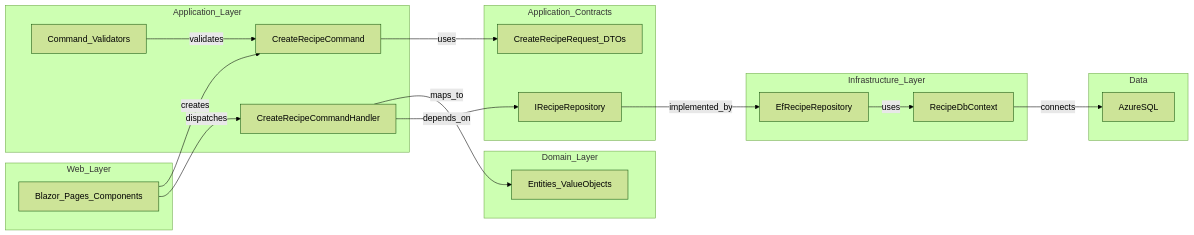
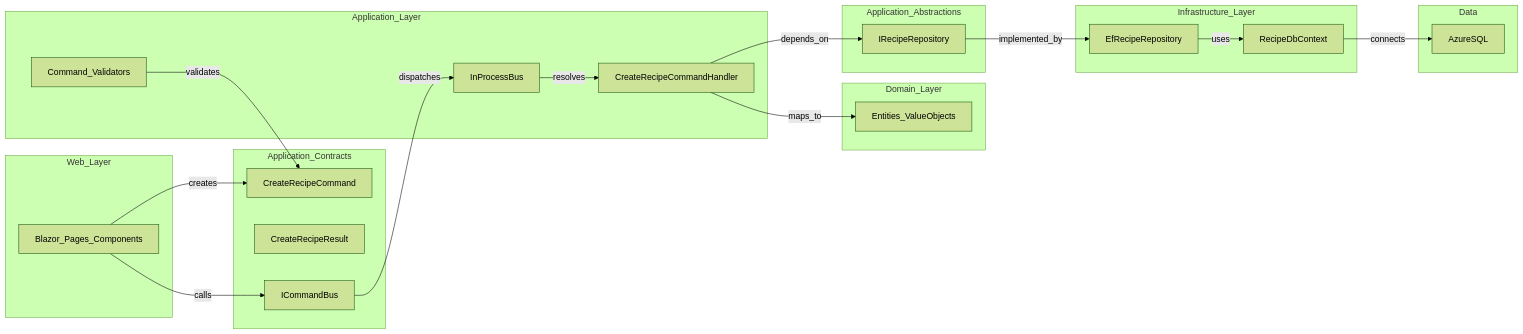
One commit to VincentAdvocaat/RecipeLibrary changed the second of 2 diagrams in README.md. Above: the diagram before and after it, drawn with Mermaid (forest theme). The commit also changed other lines of this file and 38 other files, not shown here.

Commit message:
refactor: align clean CQRS architecture

````diff
--- a/README.md
+++ b/README.md
@@ -19,40 +19,46 @@
 ```mermaid
 flowchart LR
   subgraph WebLayer[Web_Layer]
     BlazorUI[Blazor_Pages_Components]
   end
 
+  subgraph Contracts[Application_Contracts]
+    CreateRecipeCmd[CreateRecipeCommand]
+    CreateRecipeResult[CreateRecipeResult]
+    CommandBus[ICommandBus]
+  end
+
   subgraph AppLayer[Application_Layer]
-    CreateRecipeCmd[CreateRecipeCommand]
     CreateRecipeHandler[CreateRecipeCommandHandler]
     Validators[Command_Validators]
+    InProcBus[InProcessBus]
   end
 
   subgraph DomainLayer[Domain_Layer]
     DomainModel[Entities_ValueObjects]
   end
 
-  subgraph Contracts[Application_Contracts]
+  subgraph Abstractions[Application_Abstractions]
     IRecipeRepository[IRecipeRepository]
-    Dtos[CreateRecipeRequest_DTOs]
   end
 
   subgraph InfraLayer[Infrastructure_Layer]
     RecipeRepo[EfRecipeRepository]
     DbCtx[RecipeDbContext]
   end
 
   subgraph DataLayer[Data]
     AzureSQL[AzureSQL]
   end
 
   BlazorUI -->|creates| CreateRecipeCmd
-  CreateRecipeCmd -->|uses| Dtos
-  BlazorUI -->|dispatches| CreateRecipeHandler
+  BlazorUI -->|calls| CommandBus
+  CommandBus -->|dispatches| InProcBus
+  InProcBus -->|resolves| CreateRecipeHandler
   Validators -->|validates| CreateRecipeCmd
   CreateRecipeHandler -->|maps_to| DomainModel
   CreateRecipeHandler -->|depends_on| IRecipeRepository
   IRecipeRepository -->|implemented_by| RecipeRepo
   RecipeRepo -->|uses| DbCtx
   DbCtx -->|connects| AzureSQL
 ```
````
